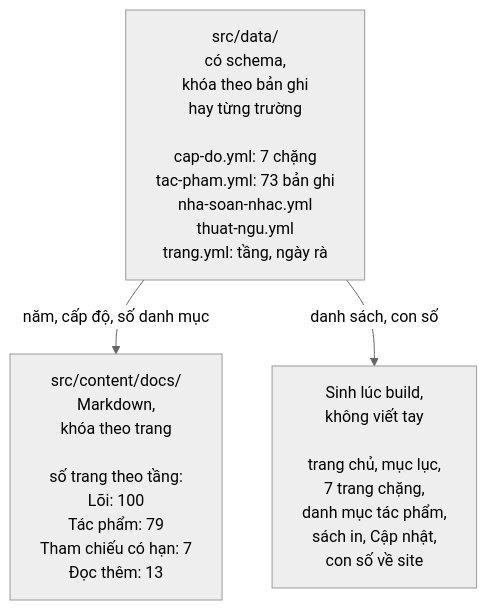
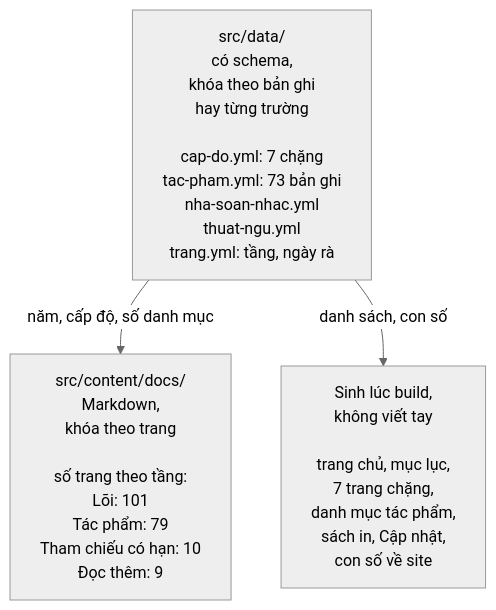
Before and after one commit to mtuann/opus: the fourth of 6 diagrams in plans/lam-lai/so-do.md, drawn with Mermaid (neutral theme). The commit also changed other lines of this file and 10 other files, not shown here.

First line of the commit message:
Duyệt bảng tầng trước đợt 2: 5 trang đổi tầng (opera, dàn nhạc thành Lõi; đương đại, Việt Nam, nghe mù thành Tham chiếu có hạn)

````diff
--- a/plans/lam-lai/so-do.md
+++ b/plans/lam-lai/so-do.md
@@ -54,8 +54,8 @@
 ```mermaid
 flowchart TB
   DATA["src/data/<br/>có schema,<br/>khóa theo bản ghi<br/>hay từng trường<br/><br/>cap-do.yml: 7 chặng<br/>tac-pham.yml: 73 bản ghi<br/>nha-soan-nhac.yml<br/>thuat-ngu.yml<br/>trang.yml: tầng, ngày rà"]
-  PAGES["src/content/docs/<br/>Markdown,<br/>khóa theo trang<br/><br/>số trang theo tầng:<br/>Lõi: 100<br/>Tác phẩm: 79<br/>Tham chiếu có hạn: 7<br/>Đọc thêm: 13"]
+  PAGES["src/content/docs/<br/>Markdown,<br/>khóa theo trang<br/><br/>số trang theo tầng:<br/>Lõi: 101<br/>Tác phẩm: 79<br/>Tham chiếu có hạn: 10<br/>Đọc thêm: 9"]
   GEN["Sinh lúc build,<br/>không viết tay<br/><br/>trang chủ, mục lục,<br/>7 trang chặng,<br/>danh mục tác phẩm,<br/>sách in, Cập nhật,<br/>con số về site"]
   DATA -->|năm, cấp độ, số danh mục| PAGES
   DATA -->|danh sách, con số| GEN
 ```
````
